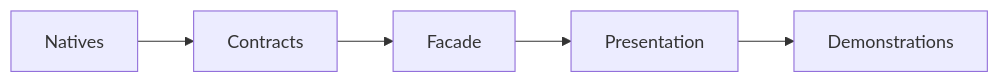
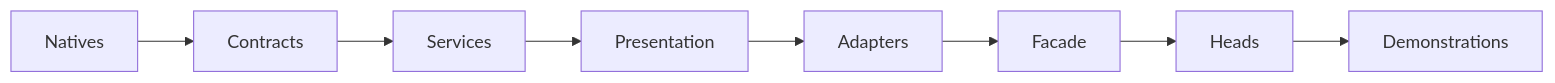
The diagram in aidd_docs/memory/architecture.md (Rinzler78/Here.Sdk.Meta), drawn with Mermaid before and after one commit. The commit also changed 5 other files, not shown here.

````diff
--- a/aidd_docs/memory/architecture.md
+++ b/aidd_docs/memory/architecture.md
@@ -43,4 +43,4 @@
 ```mermaid
 flowchart LR
-  Natives --> Contracts --> Facade --> Presentation --> Demonstrations
+  Natives --> Contracts --> Services --> Presentation --> Adapters --> Facade --> Heads --> Demonstrations
 ```
````
